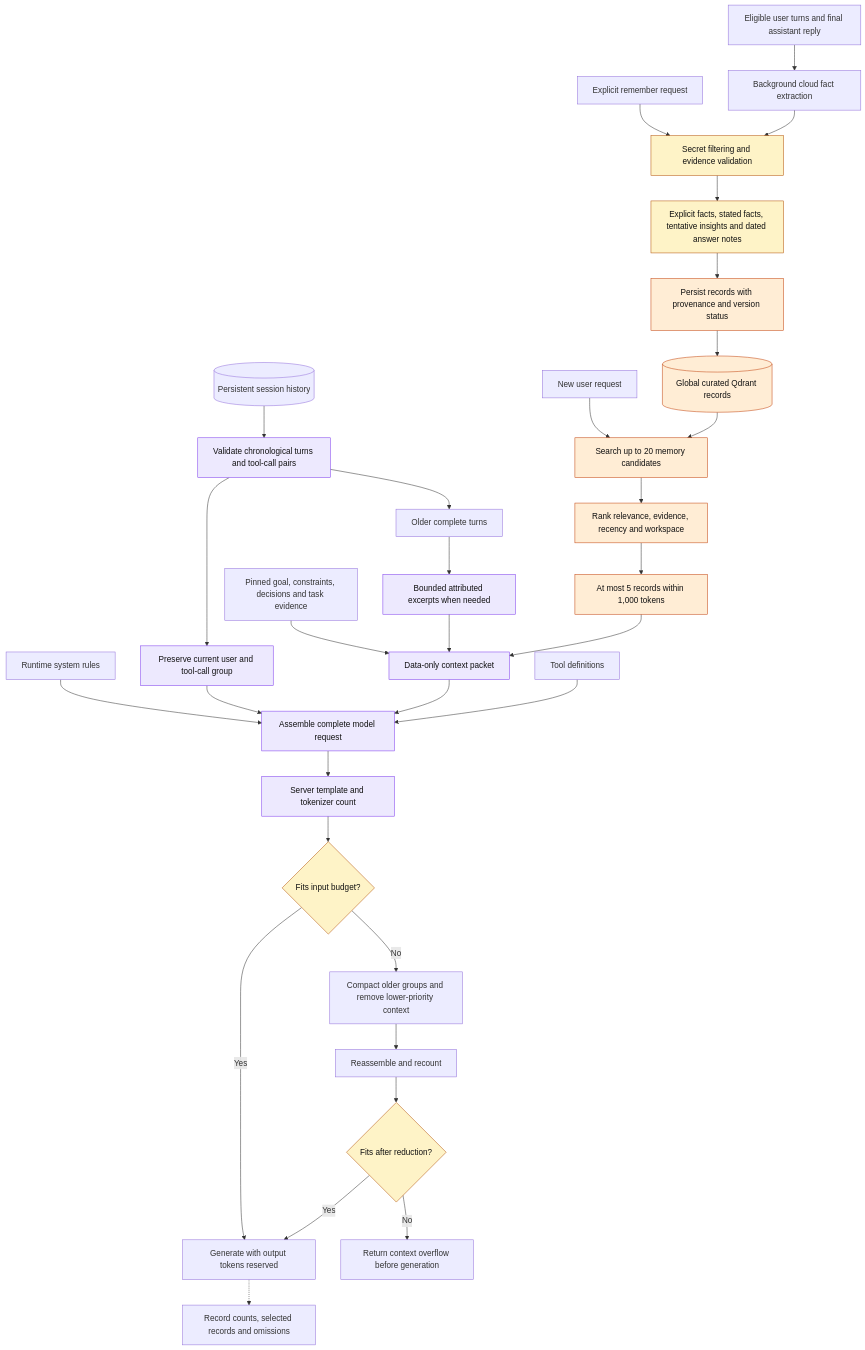
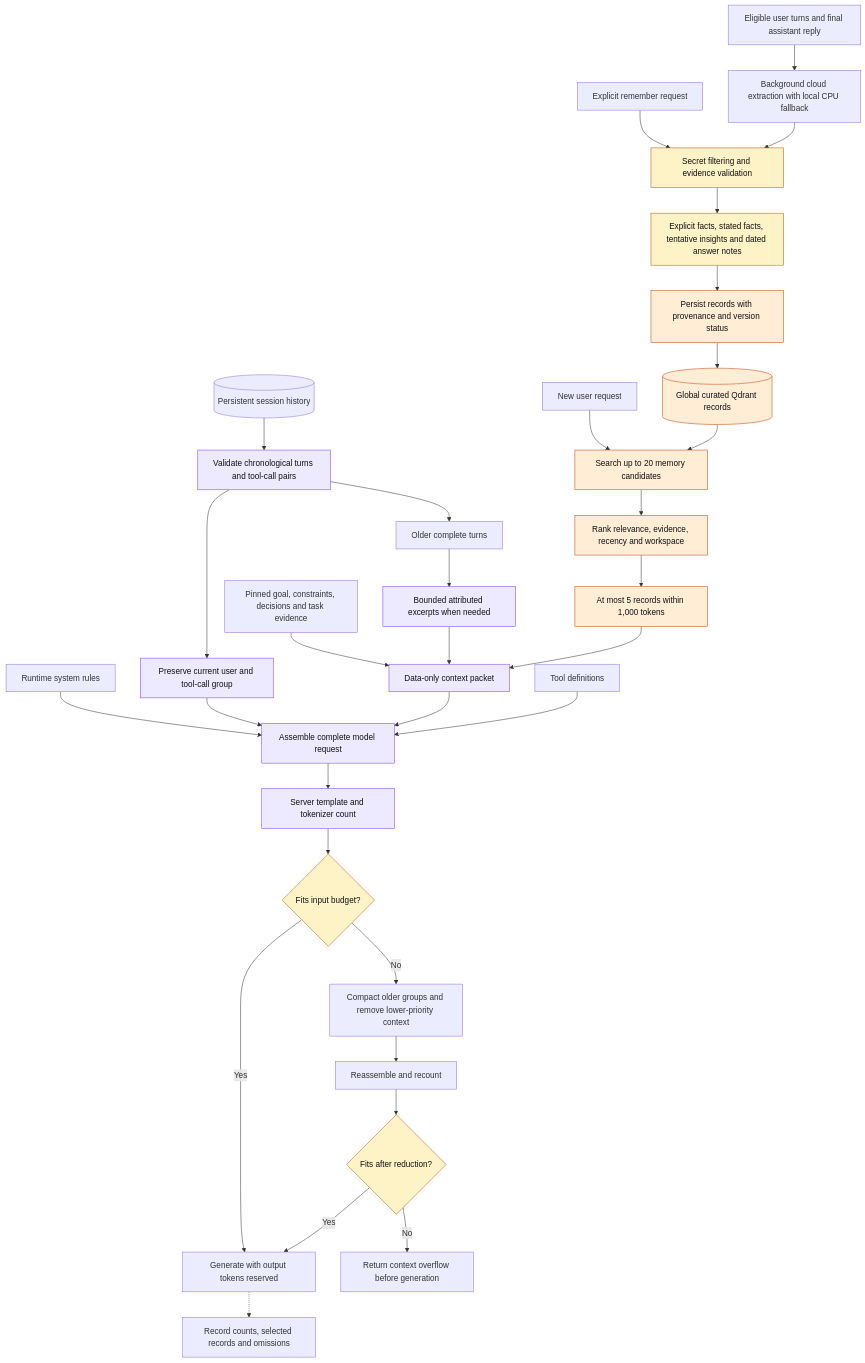
The second of 3 diagrams in README.md (user-anto/Harness), drawn with Mermaid before and after one commit. The commit also changed other lines of this file and 37 other files, not shown here.

Commit message:
Reinforced Memory curation policy; added fallback model for extractor; Added elaborate installation guide

````diff
--- a/README.md
+++ b/README.md
@@ -292,41 +398,41 @@
 ```mermaid
 flowchart TD
   History[(Persistent session history)] --> Groups[Validate chronological turns and tool-call pairs]
   Groups --> Active[Preserve current user and tool-call group]
   Groups --> Older[Older complete turns]
   Older --> Compact[Bounded attributed excerpts when needed]
   Task[Pinned goal, constraints, decisions and task evidence] --> Packet[Data-only context packet]
   Compact --> Packet
   Query[New user request] --> Retrieve[Search up to 20 memory candidates]
   Store[(Global curated Qdrant records)] --> Retrieve
   Retrieve --> Rank[Rank relevance, evidence, recency and workspace]
   Rank --> Select[At most 5 records within 1,000 tokens]
   Select --> Packet
   Rules[Runtime system rules] --> Request[Assemble complete model request]
   Active --> Request
   Packet --> Request
   Schemas[Tool definitions] --> Request
   Request --> Count[Server template and tokenizer count]
   Count --> Fits{Fits input budget?}
   Fits -->|Yes| Generate[Generate with output tokens reserved]
   Fits -->|No| Trim[Compact older groups and remove lower-priority context]
   Trim --> Recount[Reassemble and recount]
   Recount --> FinalFit{Fits after reduction?}
   FinalFit -->|Yes| Generate
   FinalFit -->|No| Overflow[Return context overflow before generation]
   Generate -.-> Manifest[Record counts, selected records and omissions]
 
   Explicit[Explicit remember request] --> Filter[Secret filtering and evidence validation]
-  UserTurns[Eligible user turns and final assistant reply] --> Extractor[Background cloud fact extraction]
+  UserTurns[Eligible user turns and final assistant reply] --> Extractor[Background cloud extraction with local CPU fallback]
   Extractor --> Filter
   Filter --> Policy[Explicit facts, stated facts, tentative insights and dated answer notes]
   Policy --> Persist[Persist records with provenance and version status]
   Persist --> Store
 
   classDef context fill:#ede9fe,stroke:#7c3aed,color:#111;
   classDef memory fill:#ffedd5,stroke:#c2410c,color:#111;
   classDef gate fill:#fef3c7,stroke:#b45309,color:#111;
   class Groups,Active,Compact,Packet,Request,Count context;
   class Store,Retrieve,Rank,Select,Persist memory;
   class Fits,FinalFit,Filter,Policy gate;
 ```
````
